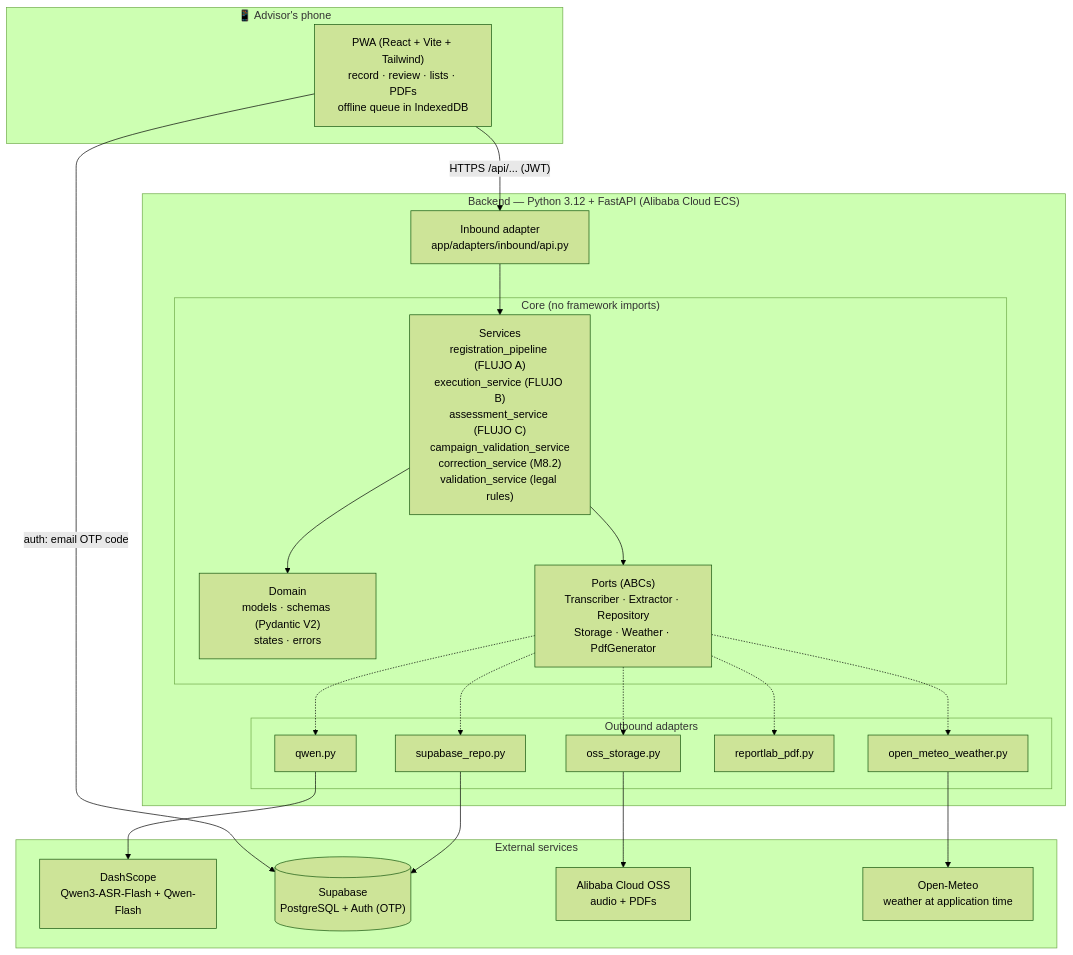
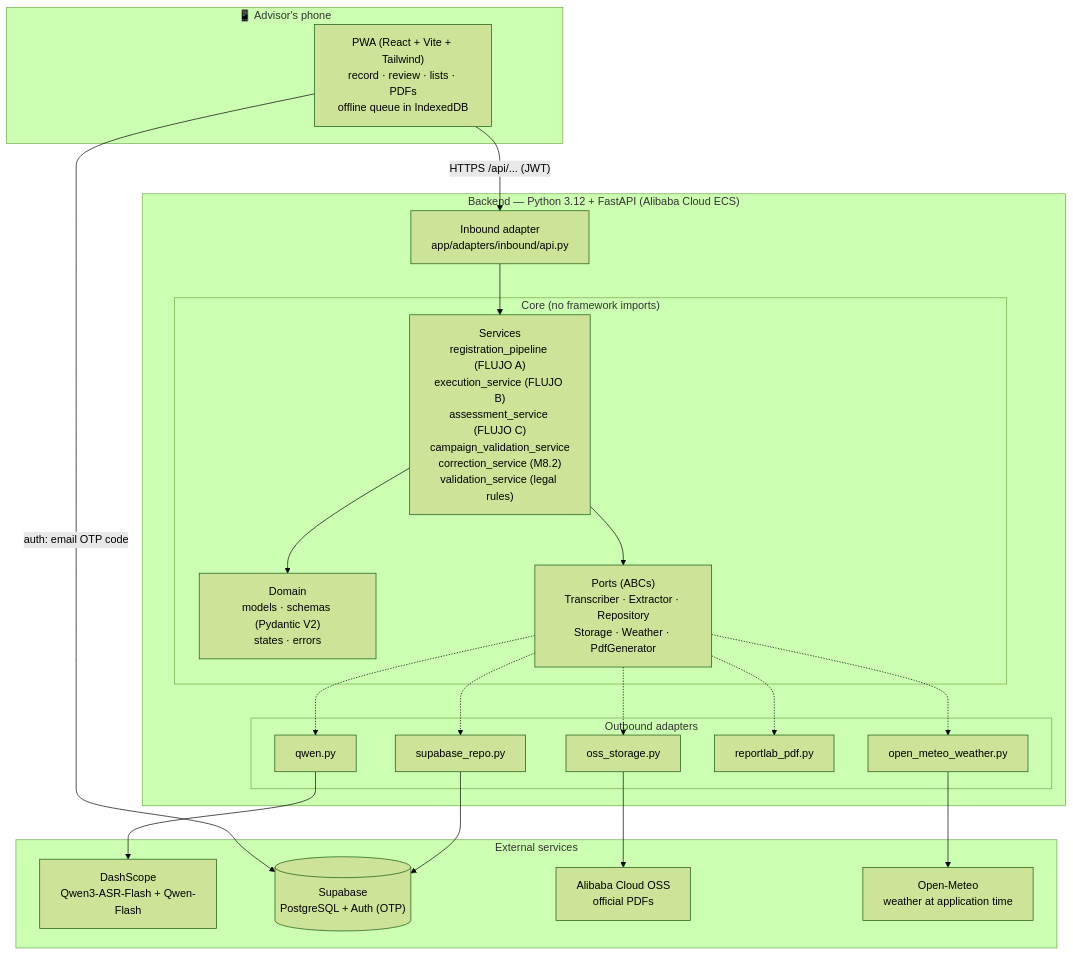
Before and after one commit to pedro749-git/agrovoz: the first of 2 diagrams in docs/ARCHITECTURE.md, drawn with Mermaid (forest theme). The commit also changed other lines of this file and 8 other files, not shown here.

````diff
--- a/docs/ARCHITECTURE.md
+++ b/docs/ARCHITECTURE.md
@@ -9,40 +9,40 @@
 ```mermaid
 flowchart TB
     subgraph Phone["📱 Advisor's phone"]
         PWA["PWA (React + Vite + Tailwind)<br/>record · review · lists · PDFs<br/>offline queue in IndexedDB"]
     end
 
     subgraph Backend["Backend — Python 3.12 + FastAPI (Alibaba Cloud ECS)"]
         API["Inbound adapter<br/>app/adapters/inbound/api.py"]
         subgraph Core["Core (no framework imports)"]
             SVC["Services<br/>registration_pipeline (FLUJO A)<br/>execution_service (FLUJO B)<br/>assessment_service (FLUJO C)<br/>campaign_validation_service<br/>correction_service (M8.2)<br/>validation_service (legal rules)"]
             DOM["Domain<br/>models · schemas (Pydantic V2)<br/>states · errors"]
             PORTS["Ports (ABCs)<br/>Transcriber · Extractor · Repository<br/>Storage · Weather · PdfGenerator"]
         end
         subgraph Adapters["Outbound adapters"]
             QWEN["qwen.py"]
             REPO["supabase_repo.py"]
             OSS["oss_storage.py"]
             PDF["reportlab_pdf.py"]
             METEO["open_meteo_weather.py"]
         end
     end
 
     subgraph External["External services"]
         DS["DashScope<br/>Qwen3-ASR-Flash + Qwen-Flash"]
         SB[("Supabase<br/>PostgreSQL + Auth (OTP)")]
-        OSSX["Alibaba Cloud OSS<br/>audio + PDFs"]
+        OSSX["Alibaba Cloud OSS<br/>official PDFs"]
         OM["Open-Meteo<br/>weather at application time"]
     end
 
     PWA -->|"HTTPS /api/... (JWT)"| API
     API --> SVC
     SVC --> DOM
     SVC --> PORTS
     PORTS -.-> QWEN & REPO & OSS & PDF & METEO
     QWEN --> DS
     REPO --> SB
     OSS --> OSSX
     METEO --> OM
     PWA -->|auth: email OTP code| SB
 ```
````
